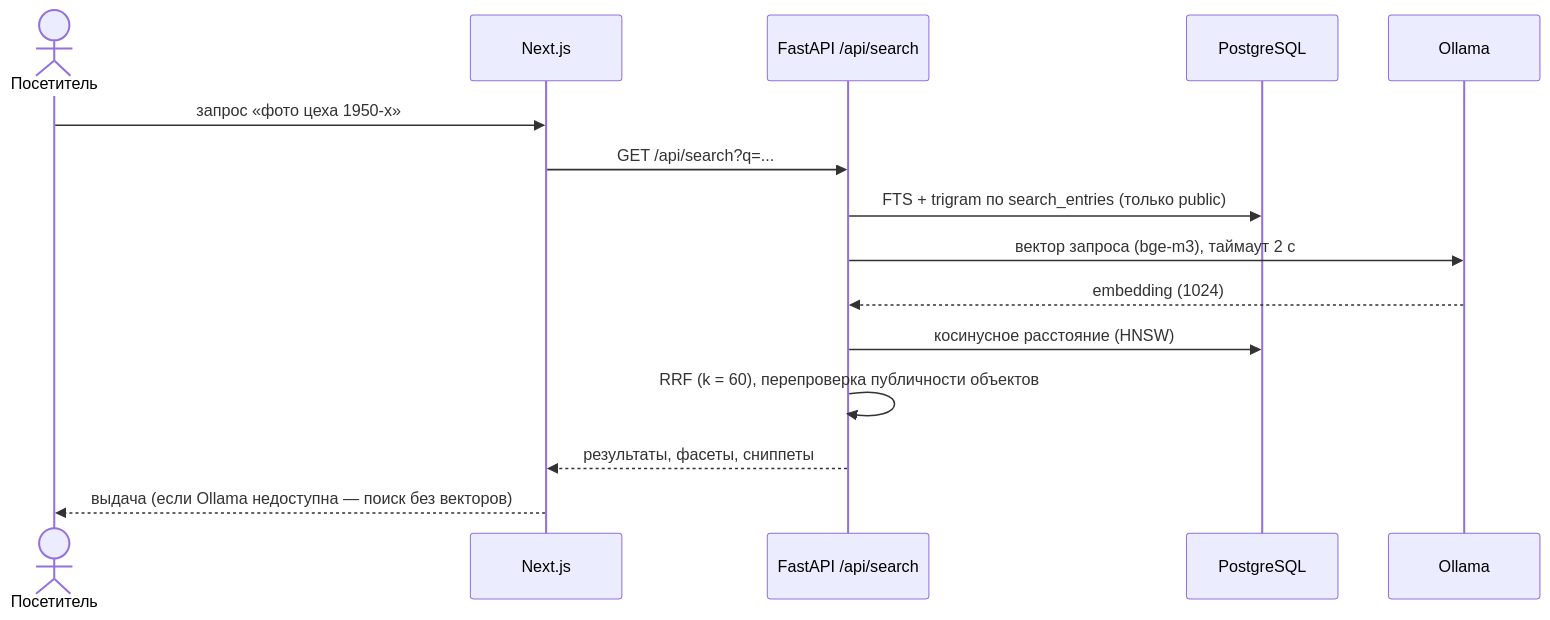
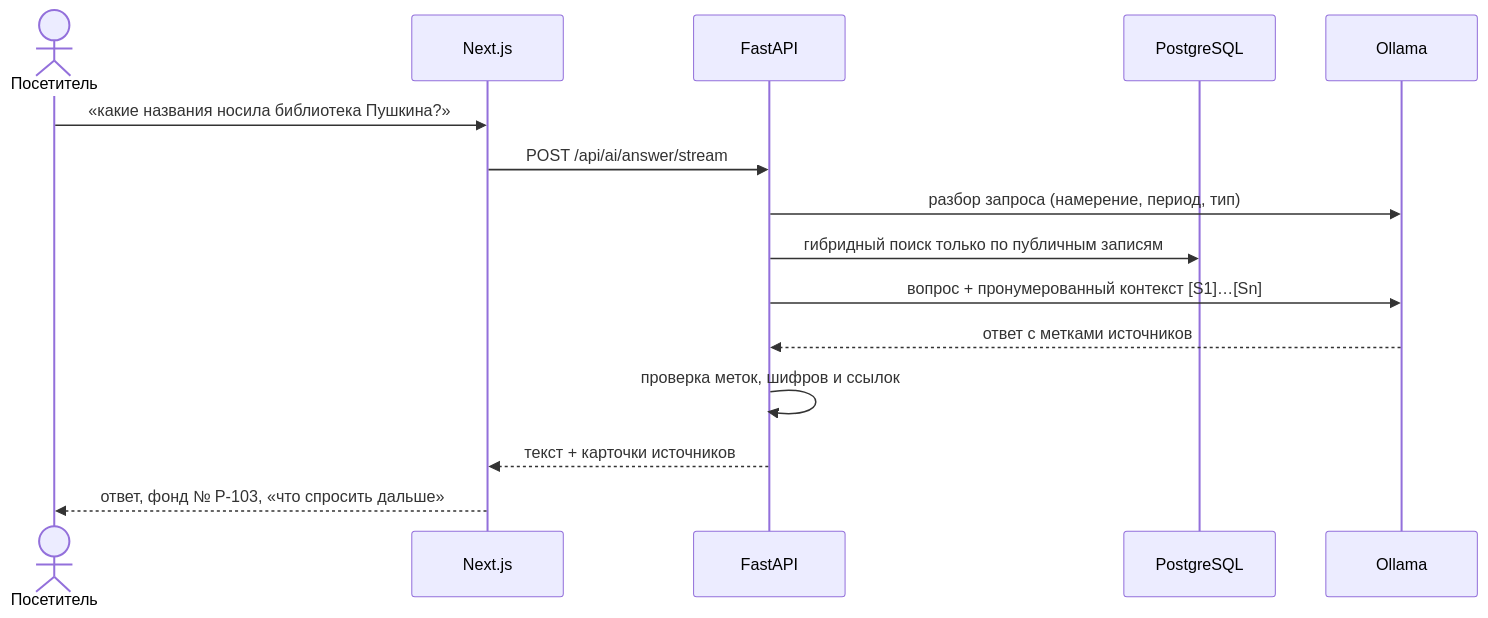
The second of 2 diagrams in README.md (amblackrust/vko-archive), drawn with Mermaid before and after one commit. The commit also changed other lines of this file and 571 other files, not shown here.

````diff
--- a/README.md
+++ b/README.md
@@ -71,17 +113,17 @@
 ```mermaid
 sequenceDiagram
     actor V as Посетитель
     participant FE as Next.js
-    participant API as FastAPI /api/search
+    participant API as FastAPI
     participant DB as PostgreSQL
     participant OL as Ollama
-    V->>FE: запрос «фото цеха 1950-х»
-    FE->>API: GET /api/search?q=...
-    API->>DB: FTS + trigram по search_entries (только public)
-    API->>OL: вектор запроса (bge-m3), таймаут 2 с
-    OL-->>API: embedding (1024)
-    API->>DB: косинусное расстояние (HNSW)
-    API->>API: RRF (k = 60), перепроверка публичности объектов
-    API-->>FE: результаты, фасеты, сниппеты
-    FE-->>V: выдача (если Ollama недоступна — поиск без векторов)
+    V->>FE: «какие названия носила библиотека Пушкина?»
+    FE->>API: POST /api/ai/answer/stream
+    API->>OL: разбор запроса (намерение, период, тип)
+    API->>DB: гибридный поиск только по публичным записям
+    API->>OL: вопрос + пронумерованный контекст [S1]…[Sn]
+    OL-->>API: ответ с метками источников
+    API->>API: проверка меток, шифров и ссылок
+    API-->>FE: текст + карточки источников
+    FE-->>V: ответ, фонд № Р-103, «что спросить дальше»
 ```
````
